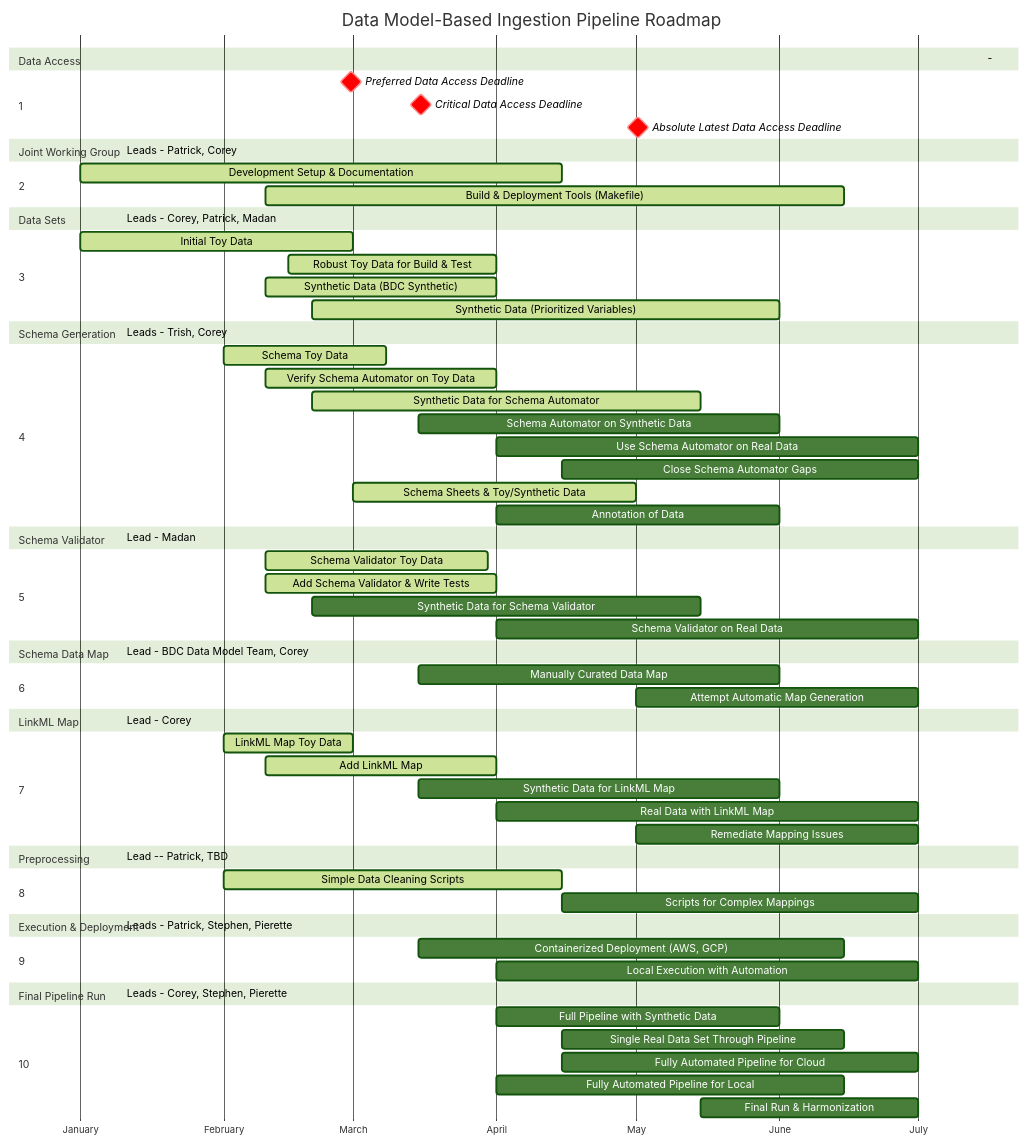
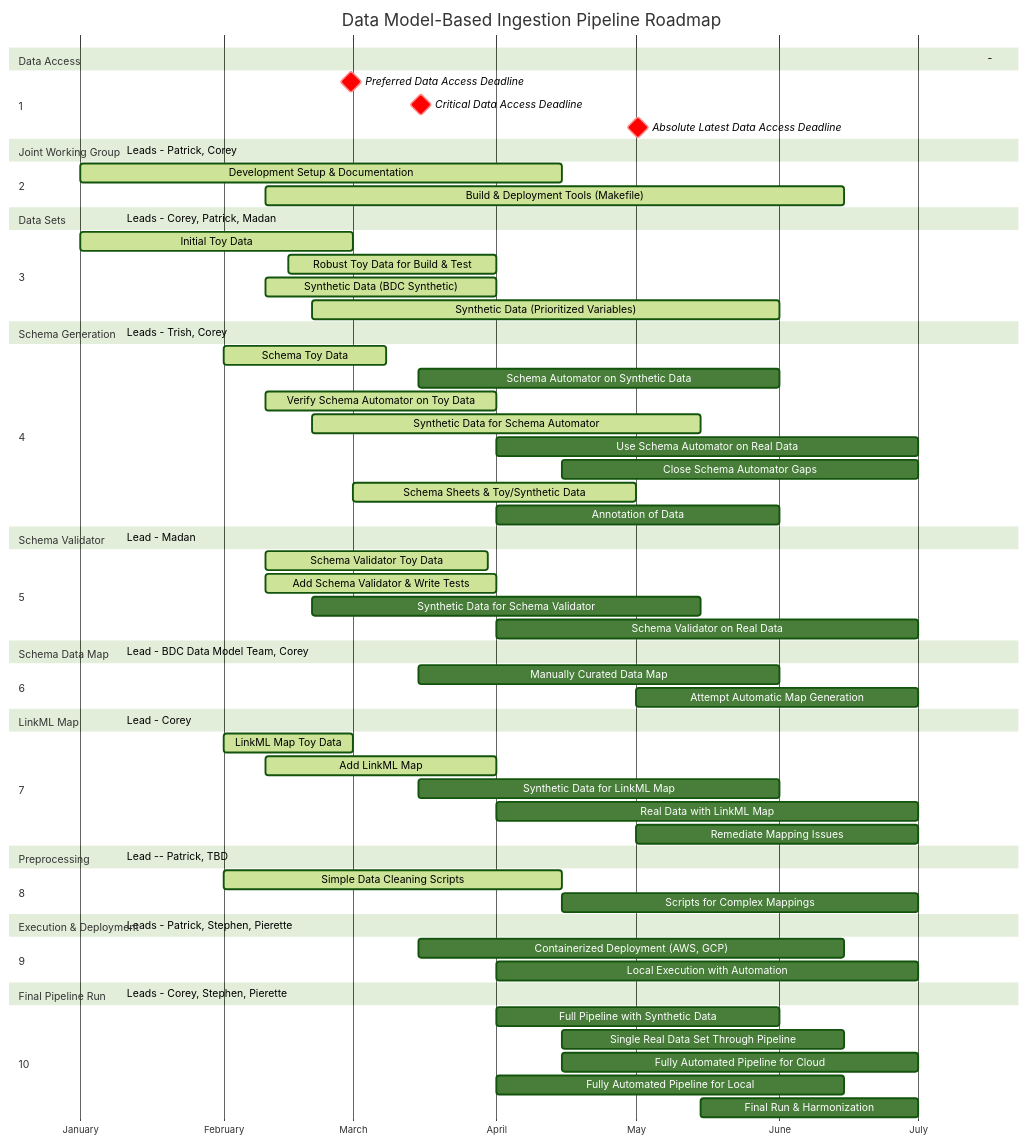
One commit to linkml/dm-bip changed the diagram in DEVELOPMENT.md. Above: the diagram before and after it, drawn with Mermaid (forest theme). The commit also changed other lines of this file, not shown here.

```diff
--- a/DEVELOPMENT.md
+++ b/DEVELOPMENT.md
@@ -38,9 +38,9 @@
 
     section 4 
     Schema Toy Data                         :active, 2025-02-01, 2025-03-08
+    Schema Automator on Synthetic Data      :2025-03-15, 2025-06-01
     Verify Schema Automator on Toy Data     :active, 2025-02-10, 2025-04-01
     Synthetic Data for Schema Automator     :active, 2025-02-20, 2025-05-15
-    Schema Automator on Synthetic Data      :2025-03-15, 2025-06-01
     Use Schema Automator on Real Data       :2025-04-01, 2025-07-01
     Close Schema Automator Gaps             :2025-04-15, 2025-07-01
     Schema Sheets & Toy/Synthetic Data      :active, 2025-03-01, 2025-05-01
```
